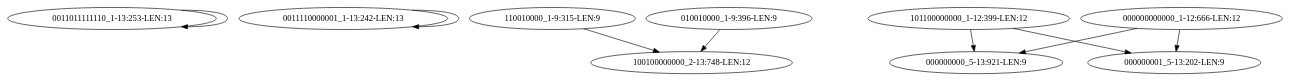
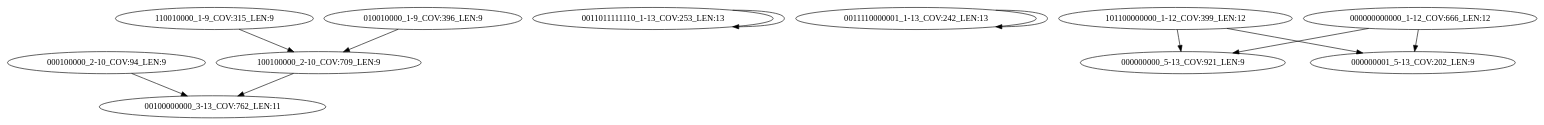
Before and after one commit to bluenote-1577/devider-test: the diagram in amr_snaketest/results_spike_dbghap/MEG_2804xxDrugsxxMLSxx23S_rRNA_methyltransferasesxxERMB_dbghaplo/intermediate/tips_removed_round2.dot, drawn with Graphviz. The commit also changed 3983 other files, not shown here.

```diff
--- a/amr_snaketest/results_spike_dbghap/MEG_2804xxDrugsxxMLSxx23S_rRNA_methyltransferasesxxERMB_dbghaplo/intermediate/tips_removed_round2.dot
+++ b/amr_snaketest/results_spike_dbghap/MEG_2804xxDrugsxxMLSxx23S_rRNA_methyltransferasesxxERMB_dbghaplo/intermediate/tips_removed_round2.dot
@@ -1,10 +1,12 @@
 digraph G {
-    "0011011111110_1-13:253-LEN:13" -> "0011011111110_1-13:253-LEN:13";
-    "0011110000001_1-13:242-LEN:13" -> "0011110000001_1-13:242-LEN:13";
-    "110010000_1-9:315-LEN:9" -> "100100000000_2-13:748-LEN:12";
-    "101100000000_1-12:399-LEN:12" -> "000000000_5-13:921-LEN:9";
-    "101100000000_1-12:399-LEN:12" -> "000000001_5-13:202-LEN:9";
-    "010010000_1-9:396-LEN:9" -> "100100000000_2-13:748-LEN:12";
-    "000000000000_1-12:666-LEN:12" -> "000000000_5-13:921-LEN:9";
-    "000000000000_1-12:666-LEN:12" -> "000000001_5-13:202-LEN:9";
+    "100100000_2-10_COV:709_LEN:9" -> "00100000000_3-13_COV:762_LEN:11";
+    "0011011111110_1-13_COV:253_LEN:13" -> "0011011111110_1-13_COV:253_LEN:13";
+    "0011110000001_1-13_COV:242_LEN:13" -> "0011110000001_1-13_COV:242_LEN:13";
+    "110010000_1-9_COV:315_LEN:9" -> "100100000_2-10_COV:709_LEN:9";
+    "101100000000_1-12_COV:399_LEN:12" -> "000000000_5-13_COV:921_LEN:9";
+    "101100000000_1-12_COV:399_LEN:12" -> "000000001_5-13_COV:202_LEN:9";
+    "010010000_1-9_COV:396_LEN:9" -> "100100000_2-10_COV:709_LEN:9";
+    "000000000000_1-12_COV:666_LEN:12" -> "000000000_5-13_COV:921_LEN:9";
+    "000000000000_1-12_COV:666_LEN:12" -> "000000001_5-13_COV:202_LEN:9";
+    "000100000_2-10_COV:94_LEN:9" -> "00100000000_3-13_COV:762_LEN:11";
 }
```
